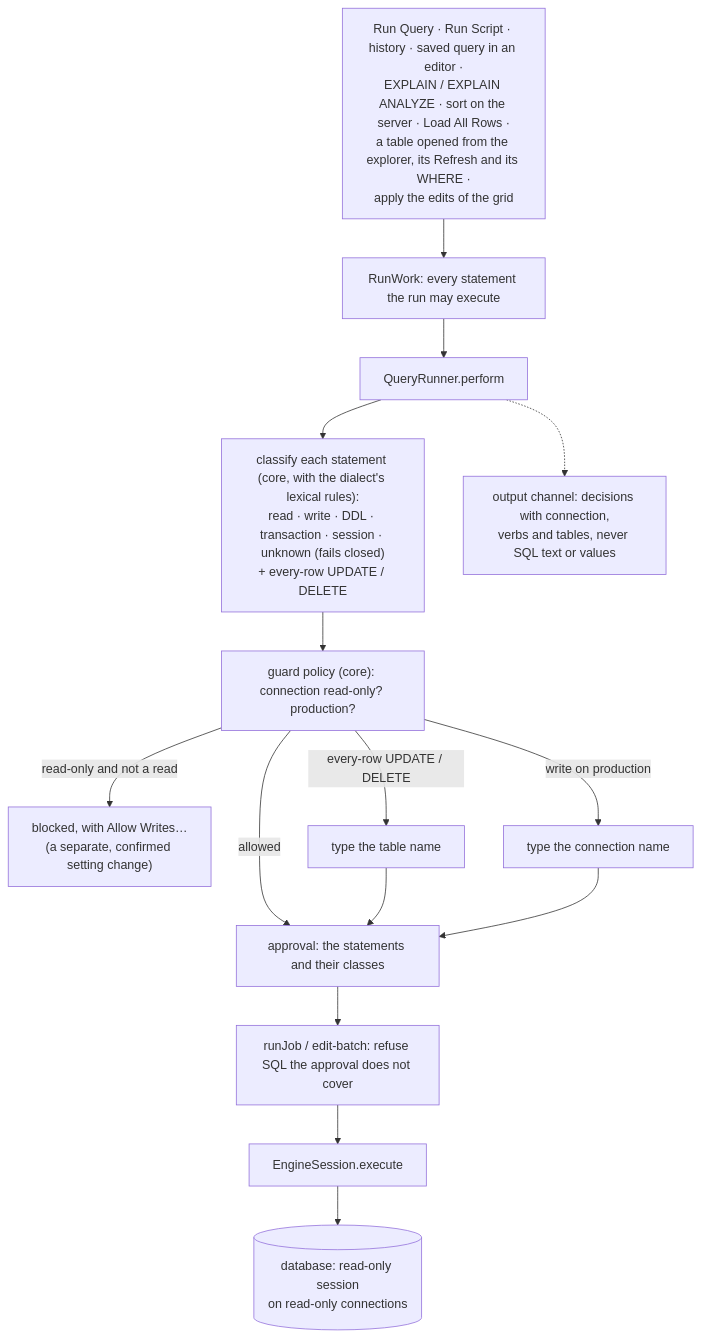
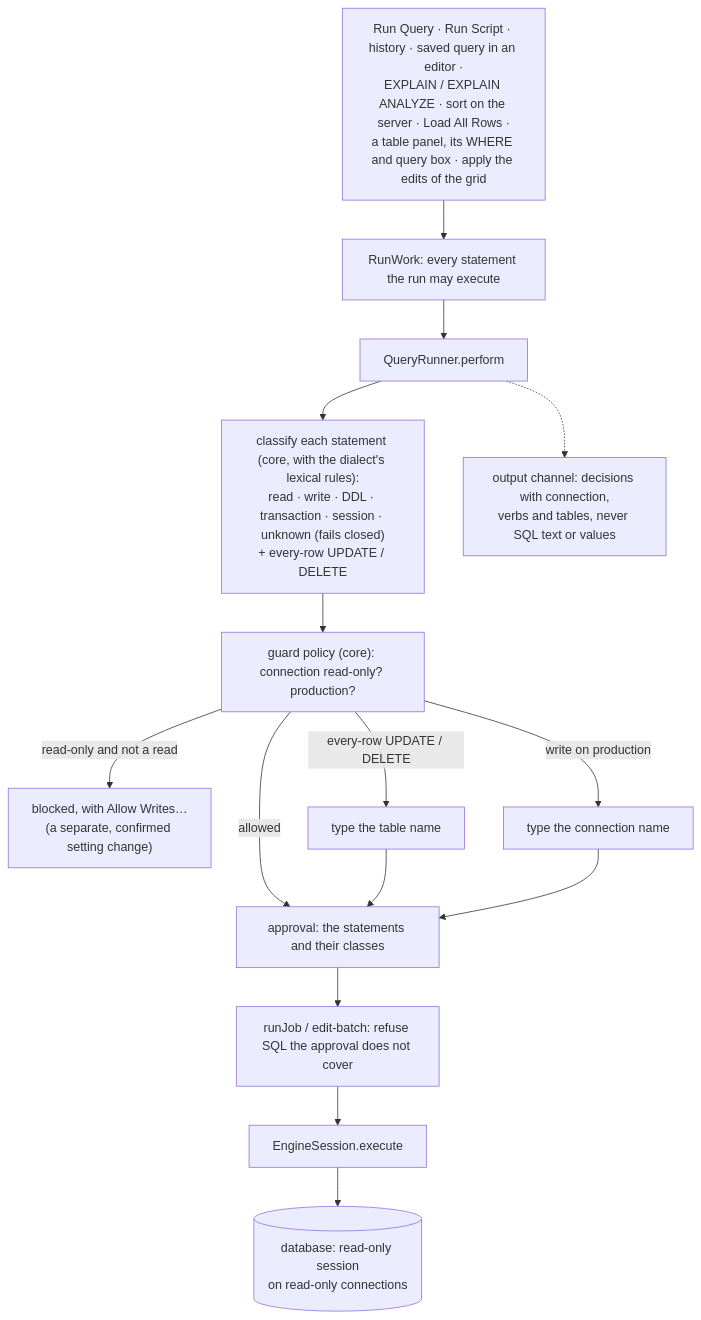
One commit to mathmed/sqldoro changed the third of 5 diagrams in docs/ARCHITECTURE.md. Above: the diagram before and after it, drawn with Mermaid. The commit also changed other lines of this file and 11 other files, not shown here.

````diff
--- a/docs/ARCHITECTURE.md
+++ b/docs/ARCHITECTURE.md
@@ -90,18 +83,18 @@
 ```mermaid
 flowchart TB
-  sources["Run Query · Run Script · history · saved query in an editor ·<br/>EXPLAIN / EXPLAIN ANALYZE · sort on the server · Load All Rows ·<br/>a table opened from the explorer, its Refresh and its WHERE ·<br/>apply the edits of the grid"]
+  sources["Run Query · Run Script · history · saved query in an editor ·<br/>EXPLAIN / EXPLAIN ANALYZE · sort on the server · Load All Rows ·<br/>a table panel, its WHERE and query box · apply the edits of the grid"]
   sources --> work["RunWork: every statement the run may execute"]
   work --> perform["QueryRunner.perform"]
   perform --> classify["classify each statement (core, with the dialect's lexical rules):<br/>read · write · DDL · transaction · session · unknown (fails closed)<br/>+ every-row UPDATE / DELETE"]
   classify --> policy["guard policy (core): connection read-only? production?"]
   policy -->|"read-only and not a read"| block["blocked, with Allow Writes…<br/>(a separate, confirmed setting change)"]
   policy -->|"every-row UPDATE / DELETE"| typeTable["type the table name"]
   policy -->|"write on production"| typeName["type the connection name"]
   policy -->|"allowed"| approval
   typeTable --> approval["approval: the statements and their classes"]
   typeName --> approval
   approval --> runJob["runJob / edit-batch: refuse SQL the approval does not cover"]
   runJob --> execute["EngineSession.execute"]
   execute --> server[("database: read-only session<br/>on read-only connections")]
   perform -.-> log["output channel: decisions with connection,<br/>verbs and tables, never SQL text or values"]
 ```
````
